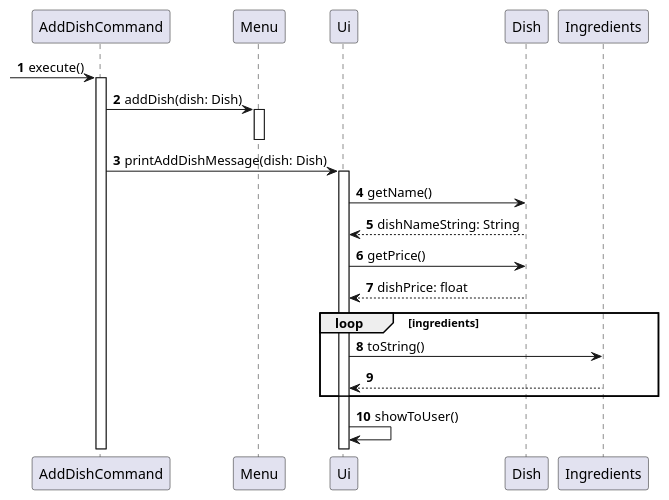
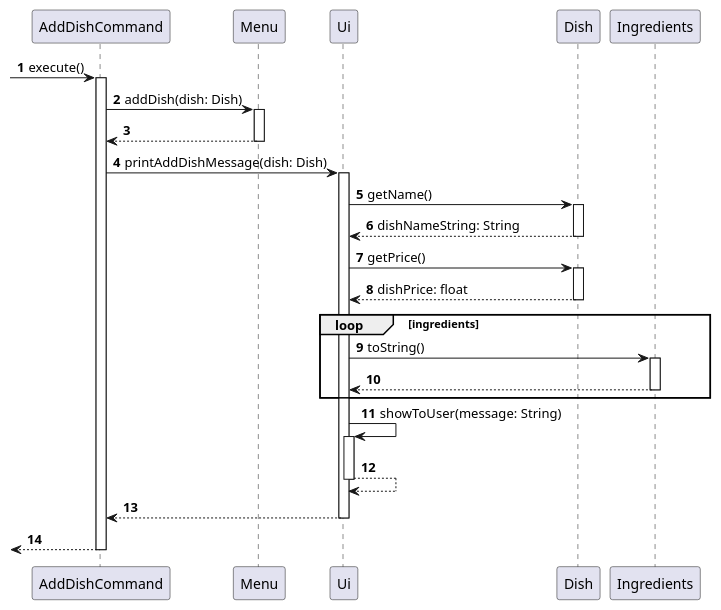
The diagram in docs/uml/AddDishCommand_execute.puml (nus-cs2113-AY2324S1/tp), drawn with PlantUML before and after one commit. The commit also changed 1 other file, not shown here.

Commit message:
Create sequence diagram for addDish command

```diff
--- a/docs/uml/AddDishCommand_execute.puml
+++ b/docs/uml/AddDishCommand_execute.puml
@@ -1,28 +1,36 @@
 @startuml
 'https://plantuml.com/sequence-diagram
 autonumber
 
 -> AddDishCommand: execute()
 activate AddDishCommand
 AddDishCommand -> Menu: addDish(dish: Dish)
 activate Menu
-deactivate Menu
+return
 AddDishCommand -> Ui: printAddDishMessage(dish: Dish)
+
 
 activate Ui
 Ui -> Dish: getName()
+activate Dish
 Dish --> Ui: dishNameString: String
+deactivate Dish
 Ui -> Dish: getPrice()
+activate Dish
 Dish --> Ui: dishPrice: float
-
+deactivate Dish
 
 loop ingredients
 Ui -> Ingredients: toString()
+activate Ingredients
 Ingredients --> Ui
+deactivate Ingredients
 end loop
 
-Ui -> Ui: showToUser()
-
-
+Ui -> Ui: showToUser(message: String)
+activate Ui
+return
+return
+return
 
 @enduml
```
